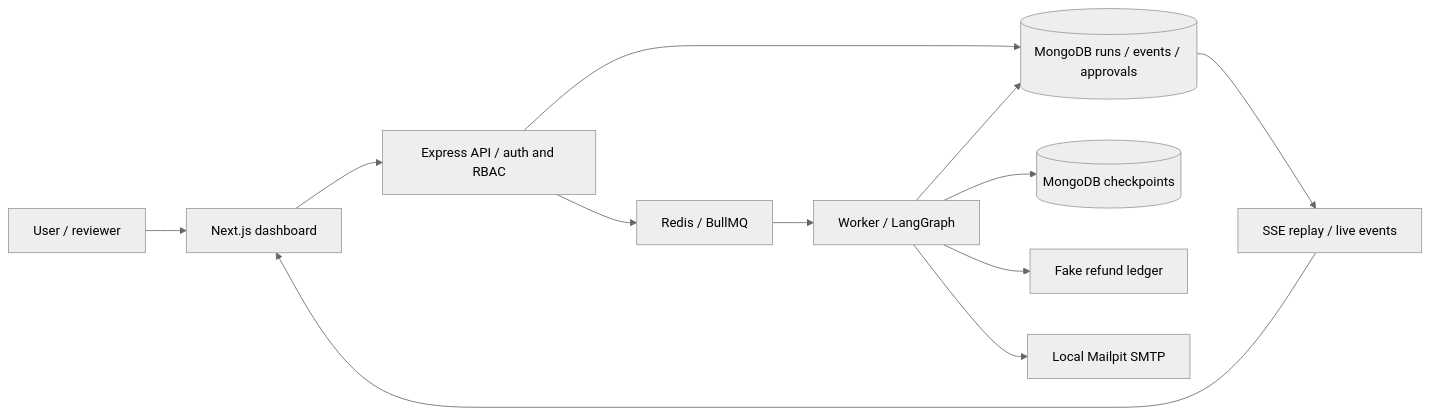
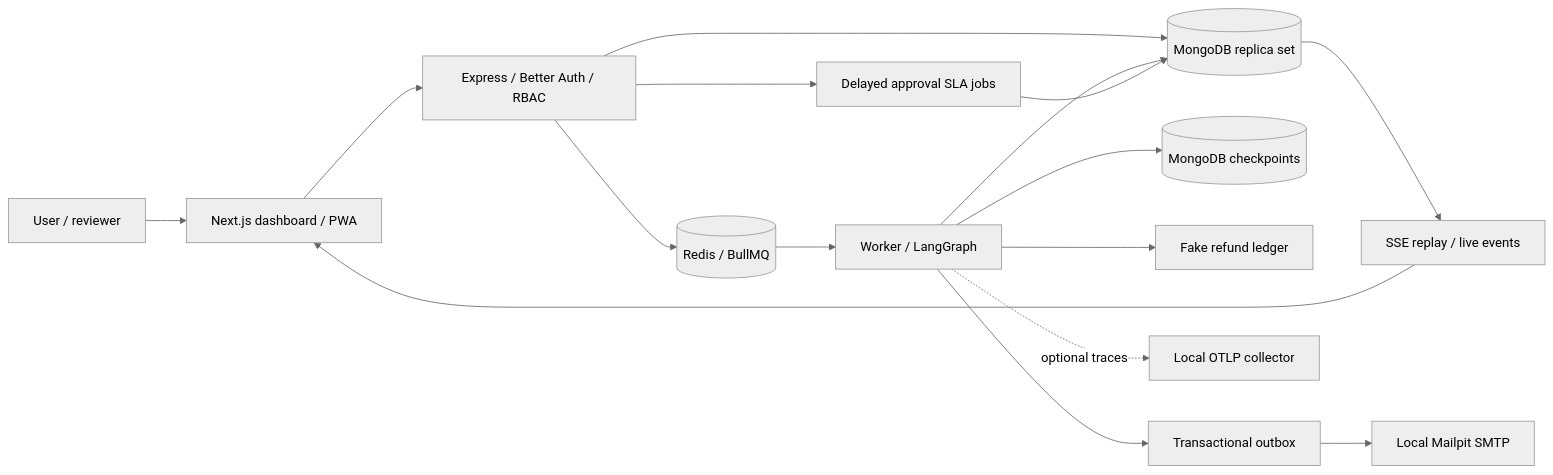
One commit to jahidkhantuhin/unkillable-agent-workflows changed the diagram in README.md. Above: the diagram before and after it, drawn with Mermaid (neutral theme). The commit also changed other lines of this file and 43 other files, not shown here.

````diff
--- a/README.md
+++ b/README.md
@@ -15,14 +61,18 @@
 ```mermaid
 flowchart LR
-  Human[User / reviewer] --> Web[Next.js dashboard]
-  Web --> API[Express API / auth and RBAC]
-  API --> Mongo[(MongoDB runs / events / approvals)]
-  API --> Queue[Redis / BullMQ]
+  Reviewer[User / reviewer] --> Web[Next.js dashboard / PWA]
+  Web --> API[Express / Better Auth / RBAC]
+  API --> DB[(MongoDB replica set)]
+  API --> Queue[(Redis / BullMQ)]
   Queue --> Worker[Worker / LangGraph]
+  Worker --> DB
   Worker --> Checkpoints[(MongoDB checkpoints)]
-  Worker --> Mongo
-  Worker --> Fake[Fake refund ledger]
-  Worker --> Mailpit[Local Mailpit SMTP]
-  Mongo --> SSE[SSE replay / live events]
-  SSE --> Web
+  Worker --> Ledger[Fake refund ledger]
+  Worker --> Outbox[Transactional outbox]
+  Outbox --> Mailpit[Local Mailpit SMTP]
+  API --> SLA[Delayed approval SLA jobs]
+  SLA --> DB
+  DB --> Events[SSE replay / live events]
+  Events --> Web
+  Worker -. optional traces .-> Collector[Local OTLP collector]
 ```
````
